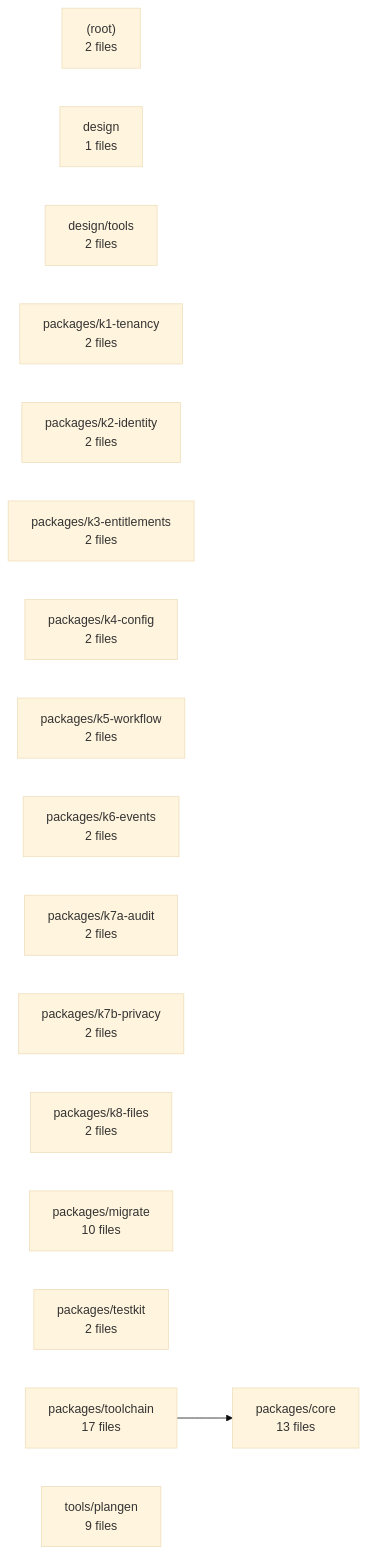
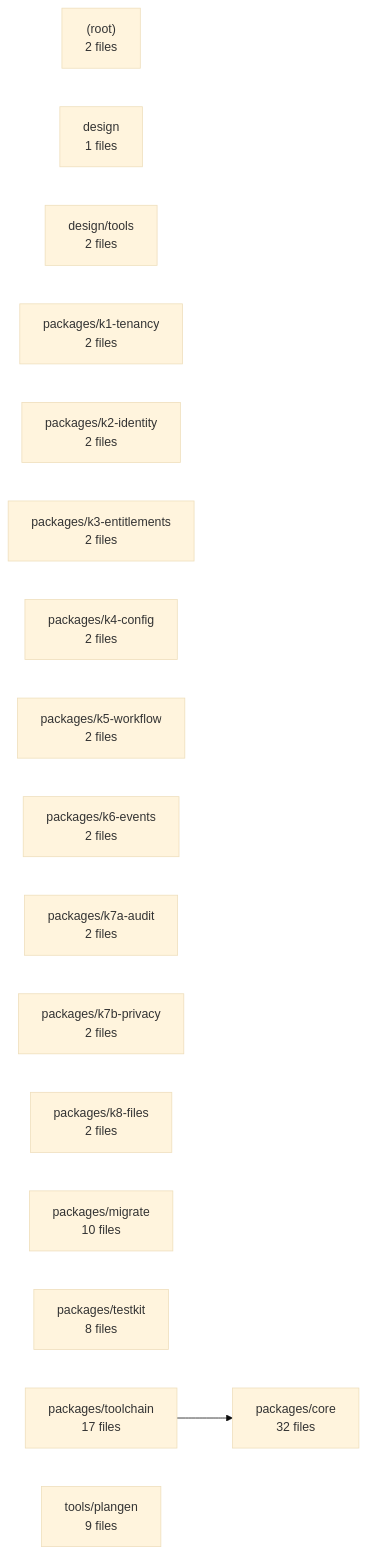
Before and after one commit to AadarshMishraa/epc_dashboard: the diagram in .claude/map/diagrams/modules.mmd, drawn with Mermaid (base theme). The commit also changed 22 other files, not shown here.

```diff
--- a/.claude/map/diagrams/modules.mmd
+++ b/.claude/map/diagrams/modules.mmd
@@ -1,19 +1,19 @@
 flowchart LR
   _root_["(root)<br/>2 files"]
   design["design<br/>1 files"]
   design_tools["design/tools<br/>2 files"]
-  packages_core["packages/core<br/>13 files"]
+  packages_core["packages/core<br/>32 files"]
   packages_k1_tenancy["packages/k1-tenancy<br/>2 files"]
   packages_k2_identity["packages/k2-identity<br/>2 files"]
   packages_k3_entitlements["packages/k3-entitlements<br/>2 files"]
   packages_k4_config["packages/k4-config<br/>2 files"]
   packages_k5_workflow["packages/k5-workflow<br/>2 files"]
   packages_k6_events["packages/k6-events<br/>2 files"]
   packages_k7a_audit["packages/k7a-audit<br/>2 files"]
   packages_k7b_privacy["packages/k7b-privacy<br/>2 files"]
   packages_k8_files["packages/k8-files<br/>2 files"]
   packages_migrate["packages/migrate<br/>10 files"]
-  packages_testkit["packages/testkit<br/>2 files"]
+  packages_testkit["packages/testkit<br/>8 files"]
   packages_toolchain["packages/toolchain<br/>17 files"]
   tools_plangen["tools/plangen<br/>9 files"]
   packages_toolchain --> packages_core
```
